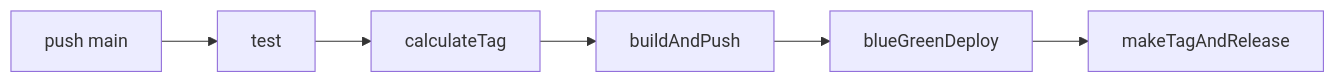
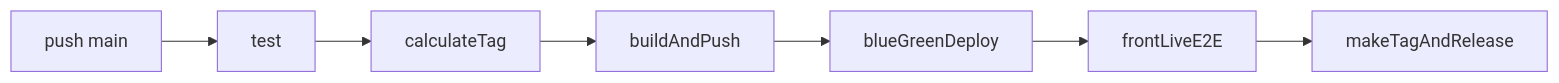
Before and after one commit to AquilaXk/aquila-blog: the first of 2 diagrams in docs/design/DevOps.md, drawn with Mermaid. The commit also changed other lines of this file and 46 other files, not shown here.

````diff
--- a/docs/design/DevOps.md
+++ b/docs/design/DevOps.md
@@ -20,8 +20,9 @@
 ```mermaid
 flowchart LR
     A["push main"] --> B["test"]
     B --> C["calculateTag"]
     C --> D["buildAndPush"]
     D --> E["blueGreenDeploy"]
-    E --> F["makeTagAndRelease"]
+    E --> F["frontLiveE2E"]
+    F --> G["makeTagAndRelease"]
 ```
````
